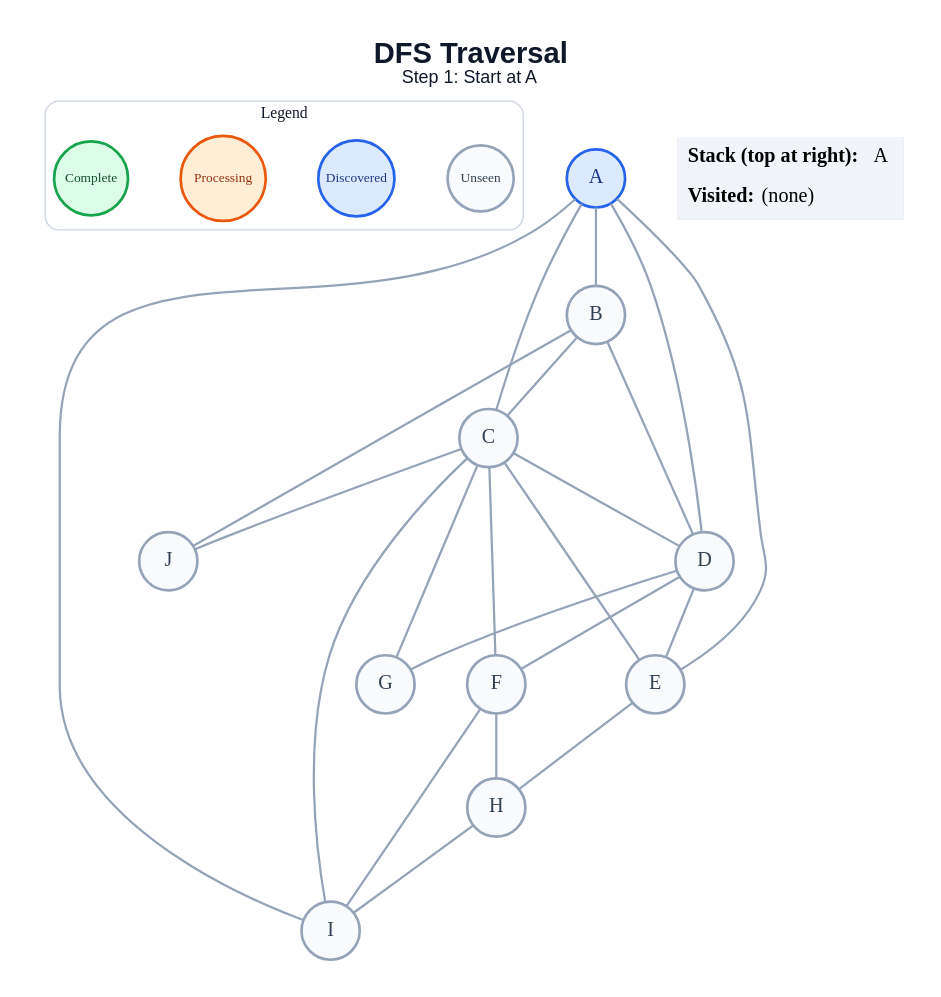
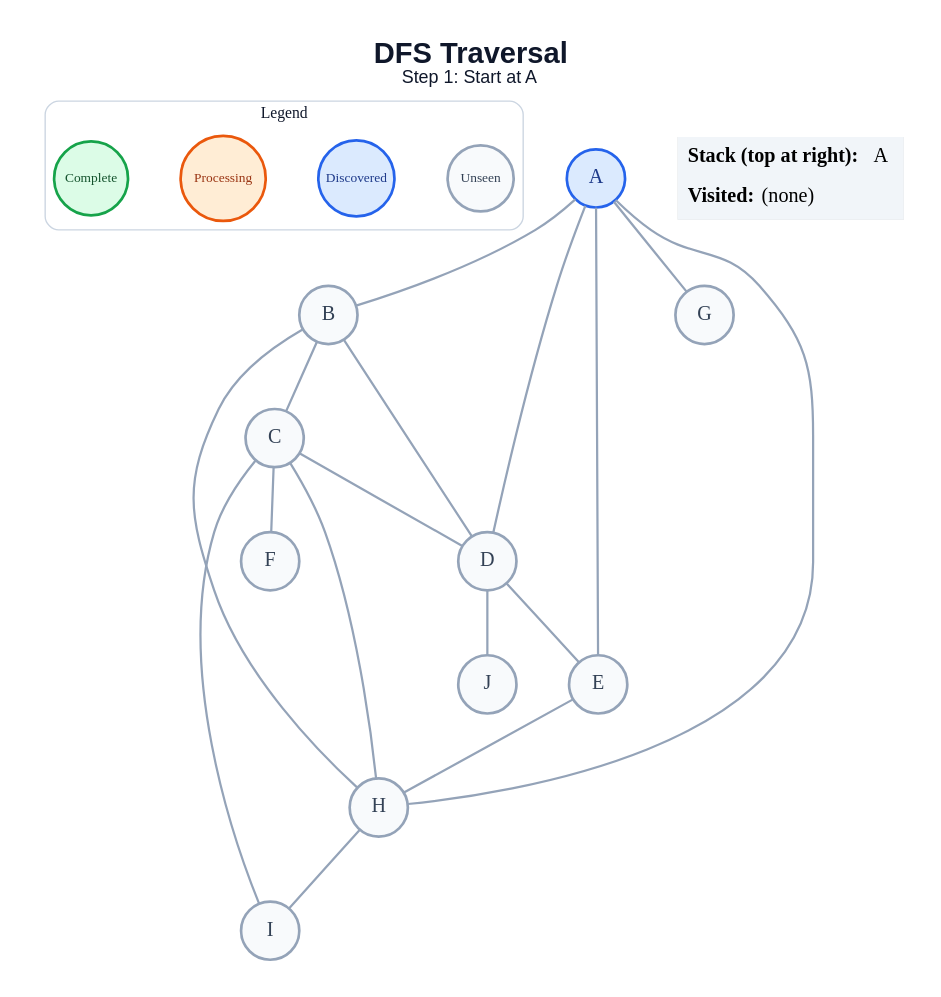
The diagram in generated/dfs/step_01.dot (amanghodawala9/ai-slop), drawn with Graphviz before and after one commit. The commit also changed 178 other files, not shown here.

```diff
--- a/generated/dfs/step_01.dot
+++ b/generated/dfs/step_01.dot
@@ -1,50 +1,45 @@
 graph traversal {
   graph [layout=dot, rankdir=TB, bgcolor="#FFFFFF", pad="0.35", nodesep="0.65", ranksep="0.8", fontname="Arial"];
   node [shape=circle, style="filled", fontname="Arial Bold", fontsize=18, width=0.72, fixedsize=true, penwidth=2.4];
   edge [color="#94A3B8", penwidth=2.0];
   label=<<B>DFS Traversal</B><BR/><FONT POINT-SIZE="16">Step 1: Start at A</FONT>>; labelloc="t"; fontsize=26; fontname="Arial"; fontcolor="#0F172A";
   subgraph cluster_legend { label="Legend"; color="#CBD5E1"; penwidth=1.2; style="rounded"; fontsize=14; fontname="Arial Bold";
     key_unseen [label="Unseen", fillcolor="#F8FAFC", color="#94A3B8", fontcolor="#334155", fontsize=12, width=0.82];
     key_frontier [label="Discovered", fillcolor="#DBEAFE", color="#2563EB", fontcolor="#1E3A8A", fontsize=12, width=0.95];
     key_current [label="Processing", fillcolor="#FFEDD5", color="#EA580C", fontcolor="#9A3412", fontsize=12, width=1.05];
     key_done [label="Complete", fillcolor="#DCFCE7", color="#16A34A", fontcolor="#14532D", fontsize=12, width=0.92];
     { rank=same; key_unseen; key_frontier; key_current; key_done; }
   }
   A [fillcolor="#DBEAFE", color="#2563EB", fontcolor="#1E3A8A"];
   B [fillcolor="#F8FAFC", color="#94A3B8", fontcolor="#334155"];
   C [fillcolor="#F8FAFC", color="#94A3B8", fontcolor="#334155"];
   D [fillcolor="#F8FAFC", color="#94A3B8", fontcolor="#334155"];
   E [fillcolor="#F8FAFC", color="#94A3B8", fontcolor="#334155"];
   F [fillcolor="#F8FAFC", color="#94A3B8", fontcolor="#334155"];
   G [fillcolor="#F8FAFC", color="#94A3B8", fontcolor="#334155"];
   H [fillcolor="#F8FAFC", color="#94A3B8", fontcolor="#334155"];
   I [fillcolor="#F8FAFC", color="#94A3B8", fontcolor="#334155"];
   J [fillcolor="#F8FAFC", color="#94A3B8", fontcolor="#334155"];
   A -- B;
-  A -- C;
   A -- D;
   A -- E;
-  A -- I;
+  A -- G;
+  A -- H;
   B -- C;
   B -- D;
-  B -- J;
+  B -- H;
   C -- D;
-  C -- E;
   C -- F;
-  C -- G;
+  C -- H;
   C -- I;
-  C -- J;
   D -- E;
-  D -- F;
-  D -- G;
+  D -- J;
   E -- H;
-  F -- H;
-  F -- I;
   H -- I;
   status [shape=plain, fixedsize=false, width=0, height=0, margin=0, label=<
     <TABLE BORDER="0" CELLBORDER="0" CELLPADDING="7" BGCOLOR="#F1F5F9">
       <TR><TD ALIGN="LEFT"><B>Stack (top at right):</B> A</TD></TR>
       <TR><TD ALIGN="LEFT"><B>Visited:</B> (none)</TD></TR>
     </TABLE>
   >];
 }
```
